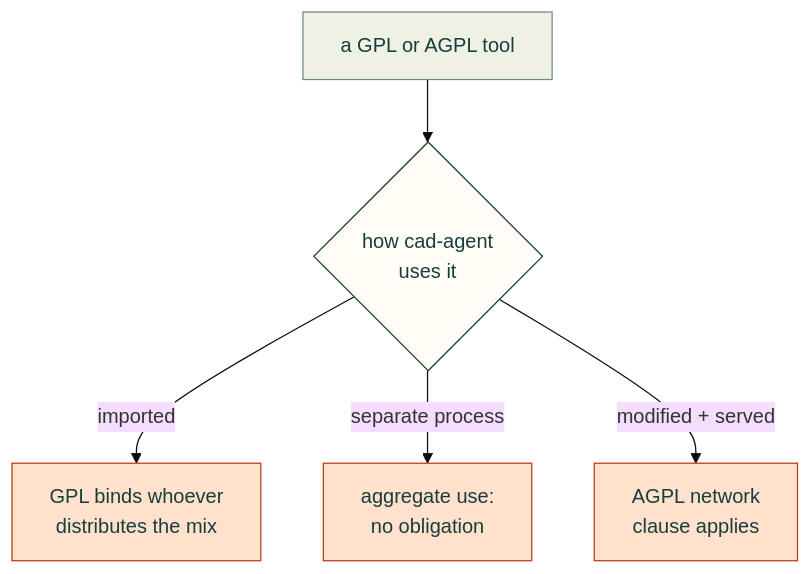
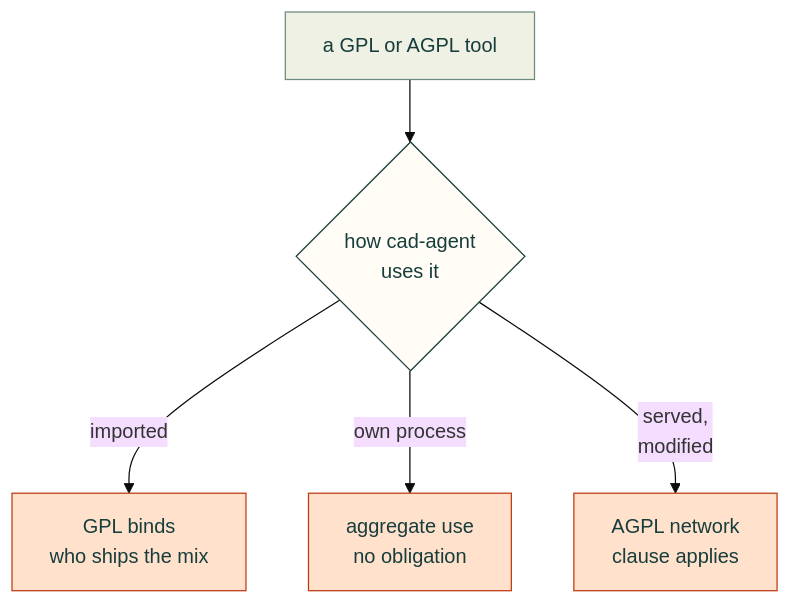
Before and after one commit to Valpatel/cad-agent: the diagram in research/simulation-tools.md, drawn with Mermaid (base theme). The commit also changed 5 other files, not shown here.

First line of the commit message:
Diagrams: narrow enough for a 1100 px window with a classic scrollbar

````diff
--- a/research/simulation-tools.md
+++ b/research/simulation-tools.md
@@ -10,13 +10,13 @@
 ```mermaid
 flowchart TD
     T["a GPL or AGPL tool"] --> Q{"how cad-agent<br/>uses it"}
-    Q -->|"imported"| I["GPL binds whoever<br/>distributes the mix"]
-    Q -->|"separate process"| A["aggregate use:<br/>no obligation"]
-    Q -->|"modified + served"| N["AGPL network<br/>clause applies"]
+    Q -->|"imported"| I["GPL binds<br/>who ships the mix"]
+    Q -->|"own process"| A["aggregate use<br/>no obligation"]
+    Q -->|"served,<br/>modified"| N["AGPL network<br/>clause applies"]
     classDef here fill:#fffdf5,stroke:#173d3c,color:#173d3c
     classDef near fill:#eef1e4,stroke:#6f8a80,color:#173d3c
     classDef out fill:#ffe1cc,stroke:#bd3a12,color:#173d3c
     class Q here
     class T near
     class I,A,N out
 ```
````
